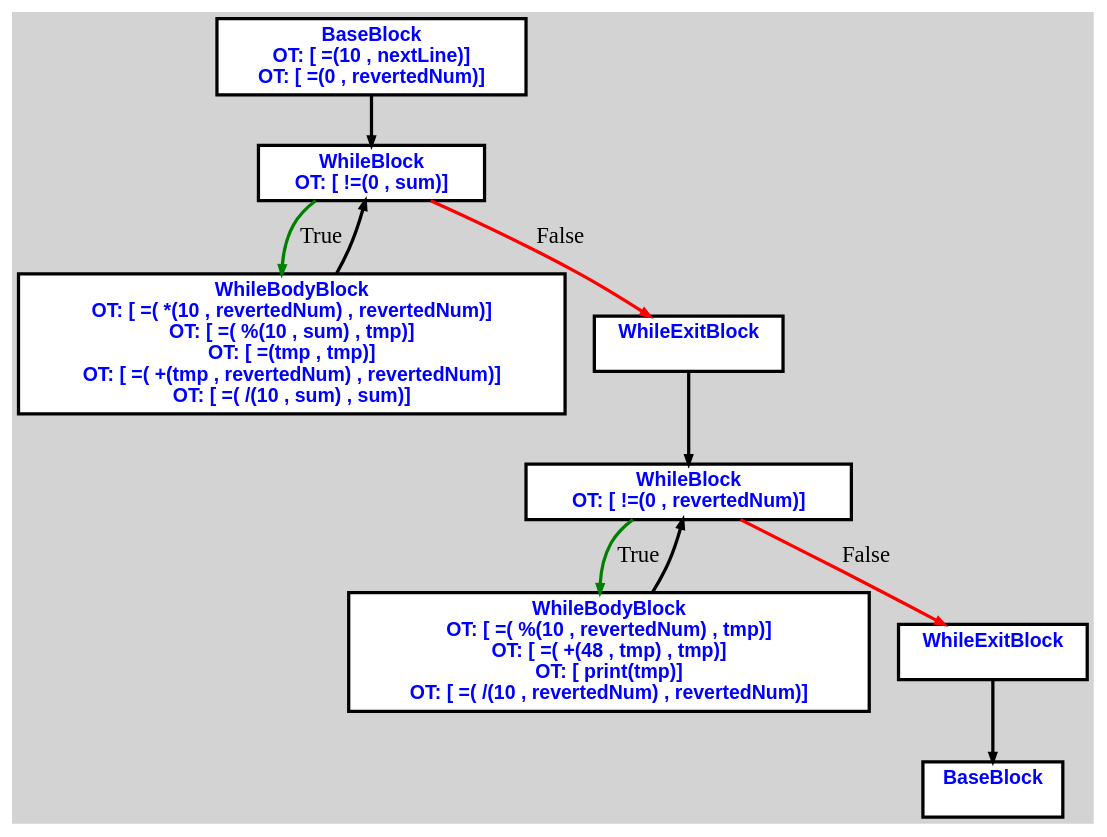
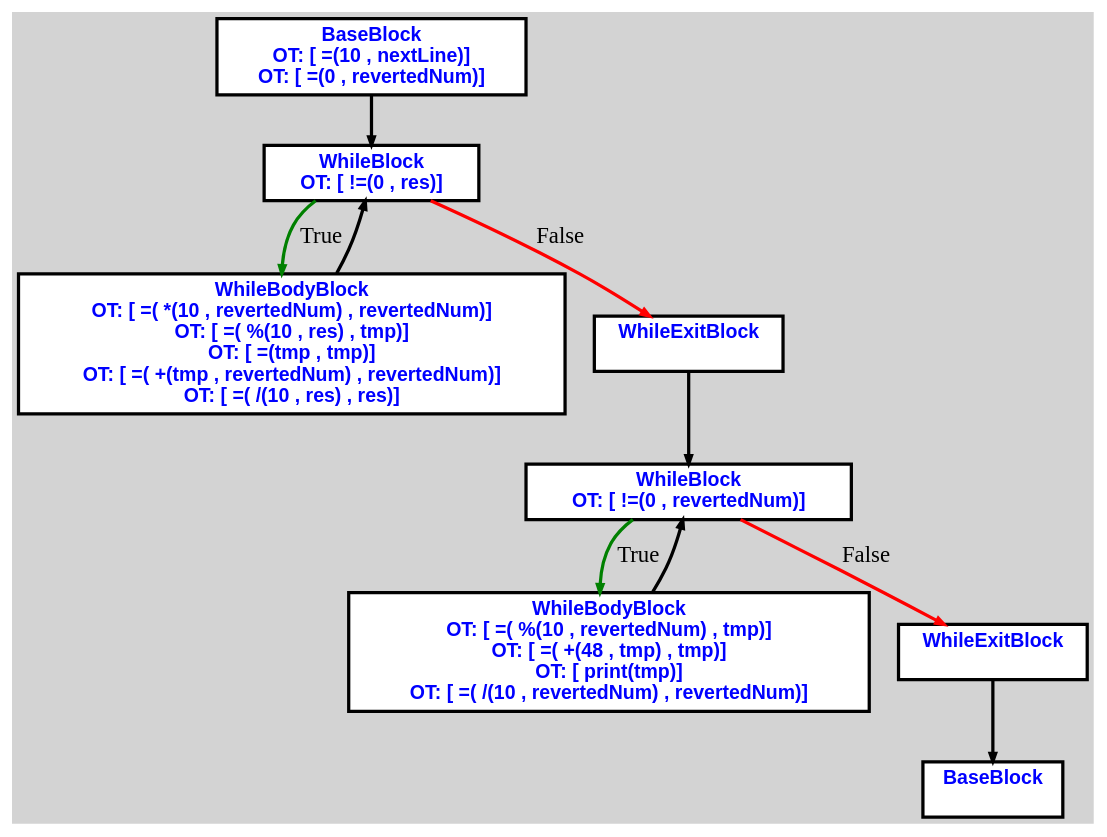
The diagram in cpoCompilerWin/input2.txt.print_value.dot (aveen007/CountingMonkeys), drawn with Graphviz before and after one commit. The commit also changed 20 other files, not shown here.

```diff
--- a/cpoCompilerWin/input2.txt.print_value.dot
+++ b/cpoCompilerWin/input2.txt.print_value.dot
@@ -1,37 +1,37 @@
 digraph G {
 ordering=out;
 ranksep=.4;
 bgcolor="lightgrey";  node [shape=box, fixedsize=false, fontsize=12, fontname="Helvetica-bold", fontcolor="blue"
 width=.25, height=.25, color="black", fillcolor="white", style="filled, solid, bold"];
 
-edge [arrowsize=.5, color="black", style="bold"]    n0000122BFB421C40 [label="BaseBlock\n OT: [ =(10 , nextLine)]
+edge [arrowsize=.5, color="black", style="bold"]    n0000123E891A3A40 [label="BaseBlock\n OT: [ =(10 , nextLine)]
 OT: [ =(0 , revertedNum)]
 "]
-    n0000122BFB421CA0 [label="WhileBlock\n OT: [ !=(0 , sum)]
+    n0000123E891A3AA0 [label="WhileBlock\n OT: [ !=(0 , res)]
 "]
-    n0000122BFB421C40 -> n0000122BFB421CA0
-	   n0000122BFB421CA0 -> n0000122BFB421D00 [ label = "True" color="green"]
-    n0000122BFB421D00 [label="WhileBodyBlock\n OT: [ =( *(10 , revertedNum) , revertedNum)]
-OT: [ =( %(10 , sum) , tmp)]
+    n0000123E891A3A40 -> n0000123E891A3AA0
+	   n0000123E891A3AA0 -> n0000123E891A3B00 [ label = "True" color="green"]
+    n0000123E891A3B00 [label="WhileBodyBlock\n OT: [ =( *(10 , revertedNum) , revertedNum)]
+OT: [ =( %(10 , res) , tmp)]
 OT: [ =(tmp , tmp)]
 OT: [ =( +(tmp , revertedNum) , revertedNum)]
-OT: [ =( /(10 , sum) , sum)]
+OT: [ =( /(10 , res) , res)]
 "]
-    n0000122BFB421D00 -> n0000122BFB421CA0
-	   n0000122BFB421CA0 -> n0000122BFB421D60 [ label = "False" color="red"]
-    n0000122BFB421D60 [label="WhileExitBlock\n "]
-    n0000122BFB421DC0 [label="WhileBlock\n OT: [ !=(0 , revertedNum)]
+    n0000123E891A3B00 -> n0000123E891A3AA0
+	   n0000123E891A3AA0 -> n0000123E891A3B60 [ label = "False" color="red"]
+    n0000123E891A3B60 [label="WhileExitBlock\n "]
+    n0000123E891A3BC0 [label="WhileBlock\n OT: [ !=(0 , revertedNum)]
 "]
-    n0000122BFB421D60 -> n0000122BFB421DC0
-	   n0000122BFB421DC0 -> n0000122BFB421E20 [ label = "True" color="green"]
-    n0000122BFB421E20 [label="WhileBodyBlock\n OT: [ =( %(10 , revertedNum) , tmp)]
+    n0000123E891A3B60 -> n0000123E891A3BC0
+	   n0000123E891A3BC0 -> n0000123E891A3C20 [ label = "True" color="green"]
+    n0000123E891A3C20 [label="WhileBodyBlock\n OT: [ =( %(10 , revertedNum) , tmp)]
 OT: [ =( +(48 , tmp) , tmp)]
 OT: [ print(tmp)]
 OT: [ =( /(10 , revertedNum) , revertedNum)]
 "]
-    n0000122BFB421E20 -> n0000122BFB421DC0
-	   n0000122BFB421DC0 -> n0000122BFB421E80 [ label = "False" color="red"]
-    n0000122BFB421E80 [label="WhileExitBlock\n "]
-    n0000122BFB421EE0 [label="BaseBlock\n "]
-    n0000122BFB421E80 -> n0000122BFB421EE0
+    n0000123E891A3C20 -> n0000123E891A3BC0
+	   n0000123E891A3BC0 -> n0000123E891A3C80 [ label = "False" color="red"]
+    n0000123E891A3C80 [label="WhileExitBlock\n "]
+    n0000123E891A3CE0 [label="BaseBlock\n "]
+    n0000123E891A3C80 -> n0000123E891A3CE0
 }
```
